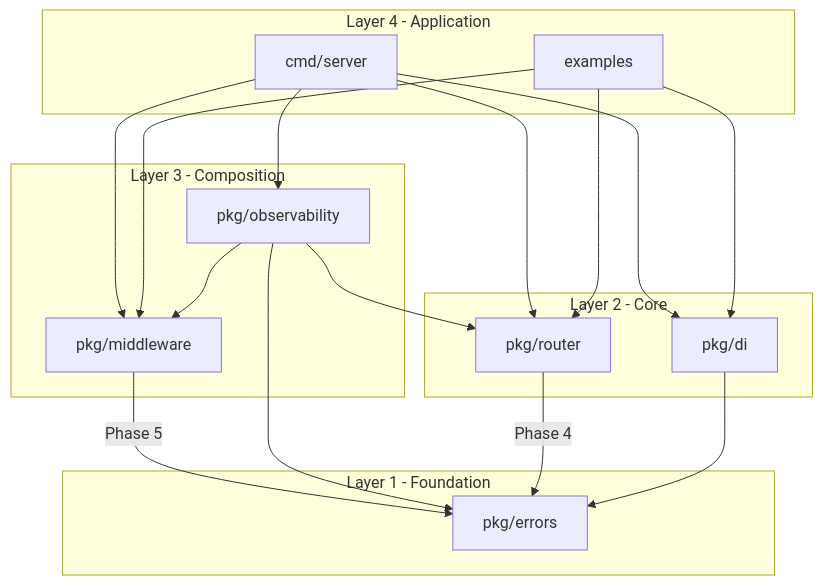
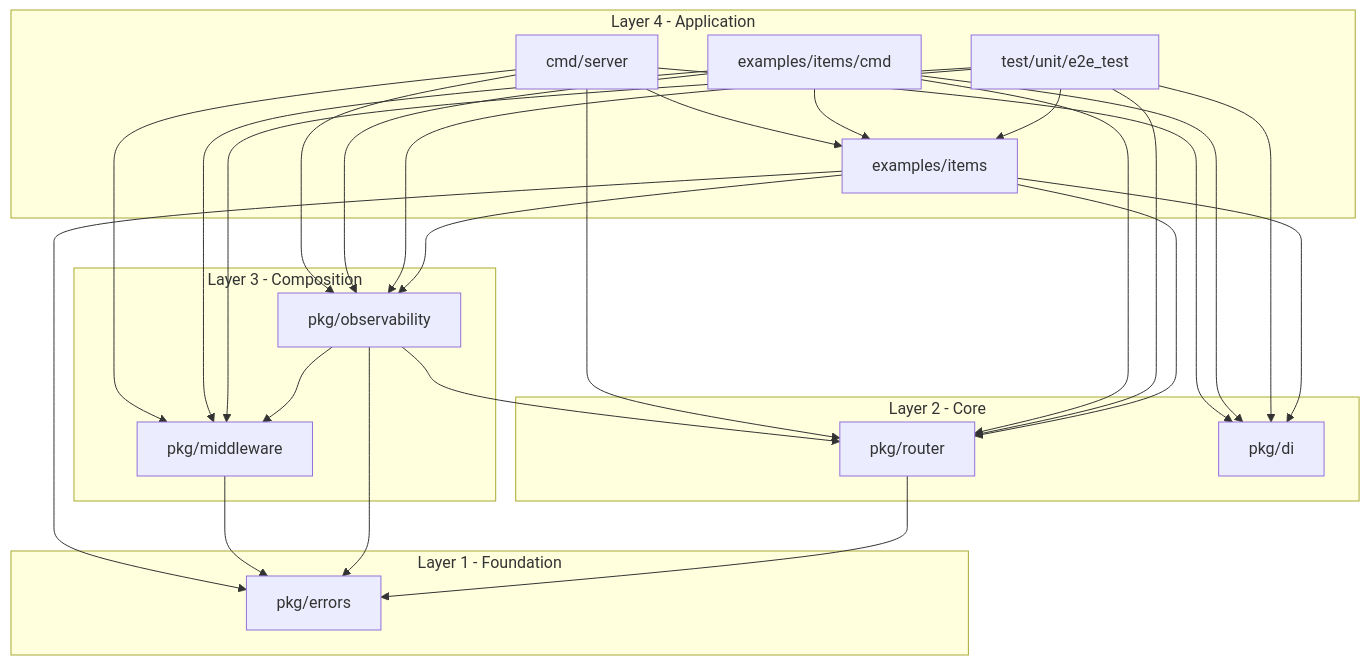
Before and after one commit to nsk-2003/lightweight-http: the diagram in docs/design/packagedesign.md, drawn with Mermaid. The commit also changed other lines of this file and 8 other files, not shown here.

````diff
--- a/docs/design/packagedesign.md
+++ b/docs/design/packagedesign.md
@@ -12,32 +11,45 @@
 ```mermaid
 flowchart TB
   subgraph app [Layer 4 - Application]
     cmdMain[cmd/server]
-    examplesPkg[examples]
+    itemsLib[examples/items]
+    itemsCmd[examples/items/cmd]
+    e2eTest[test/unit/e2e_test]
   end
   subgraph composition [Layer 3 - Composition]
     middlewarePkg[pkg/middleware]
     observabilityPkg[pkg/observability]
   end
   subgraph core [Layer 2 - Core]
     routerPkg[pkg/router]
     diPkg[pkg/di]
   end
   subgraph foundation [Layer 1 - Foundation]
     errorsPkg[pkg/errors]
   end
 
+  cmdMain --> itemsLib
   cmdMain --> routerPkg
   cmdMain --> middlewarePkg
   cmdMain --> observabilityPkg
   cmdMain --> diPkg
-  examplesPkg --> routerPkg
-  examplesPkg --> middlewarePkg
-  examplesPkg --> diPkg
-  middlewarePkg -->|Phase 5| errorsPkg
+  itemsCmd --> itemsLib
+  itemsCmd --> routerPkg
+  itemsCmd --> middlewarePkg
+  itemsCmd --> observabilityPkg
+  itemsCmd --> diPkg
+  e2eTest --> itemsLib
+  e2eTest --> routerPkg
+  e2eTest --> middlewarePkg
+  e2eTest --> observabilityPkg
+  e2eTest --> diPkg
+  itemsLib --> routerPkg
+  itemsLib --> errorsPkg
+  itemsLib --> diPkg
+  itemsLib --> observabilityPkg
+  middlewarePkg --> errorsPkg
   observabilityPkg --> errorsPkg
   observabilityPkg --> routerPkg
   observabilityPkg --> middlewarePkg
-  routerPkg -->|Phase 4| errorsPkg
-  diPkg --> errorsPkg
+  routerPkg --> errorsPkg
 ```
````
